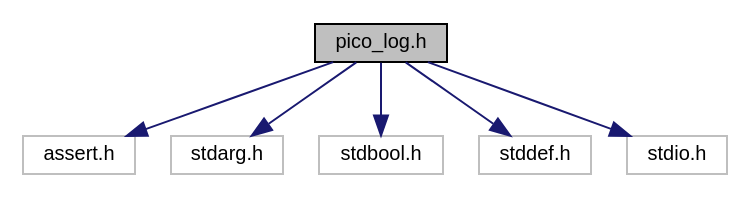
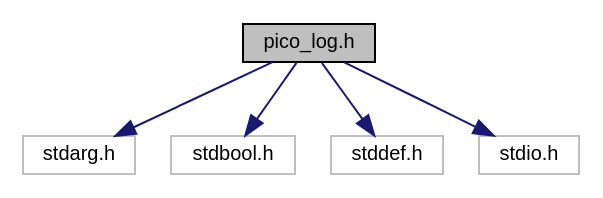
Before and after one commit to empyreanx/empyreanx.github.io: the diagram in docs/ph/pico__log_8h__incl.dot, drawn with Graphviz. The commit also changed 61 other files, not shown here.

```diff
--- a/docs/ph/pico__log_8h__incl.dot
+++ b/docs/ph/pico__log_8h__incl.dot
@@ -1,17 +1,15 @@
 digraph "pico_log.h"
 {
  // LATEX_PDF_SIZE
   edge [fontname="Helvetica",fontsize="10",labelfontname="Helvetica",labelfontsize="10"];
   node [fontname="Helvetica",fontsize="10",shape=record];
   Node1 [label="pico_log.h",height=0.2,width=0.4,color="black", fillcolor="grey75", style="filled", fontcolor="black",tooltip="A minimal and flexible logging framework written in C99."];
   Node1 -> Node2 [color="midnightblue",fontsize="10",style="solid",fontname="Helvetica"];
-  Node2 [label="assert.h",height=0.2,width=0.4,color="grey75", fillcolor="white", style="filled",tooltip=" "];
+  Node2 [label="stdarg.h",height=0.2,width=0.4,color="grey75", fillcolor="white", style="filled",tooltip=" "];
   Node1 -> Node3 [color="midnightblue",fontsize="10",style="solid",fontname="Helvetica"];
-  Node3 [label="stdarg.h",height=0.2,width=0.4,color="grey75", fillcolor="white", style="filled",tooltip=" "];
+  Node3 [label="stdbool.h",height=0.2,width=0.4,color="grey75", fillcolor="white", style="filled",tooltip=" "];
   Node1 -> Node4 [color="midnightblue",fontsize="10",style="solid",fontname="Helvetica"];
-  Node4 [label="stdbool.h",height=0.2,width=0.4,color="grey75", fillcolor="white", style="filled",tooltip=" "];
+  Node4 [label="stddef.h",height=0.2,width=0.4,color="grey75", fillcolor="white", style="filled",tooltip=" "];
   Node1 -> Node5 [color="midnightblue",fontsize="10",style="solid",fontname="Helvetica"];
-  Node5 [label="stddef.h",height=0.2,width=0.4,color="grey75", fillcolor="white", style="filled",tooltip=" "];
-  Node1 -> Node6 [color="midnightblue",fontsize="10",style="solid",fontname="Helvetica"];
-  Node6 [label="stdio.h",height=0.2,width=0.4,color="grey75", fillcolor="white", style="filled",tooltip=" "];
+  Node5 [label="stdio.h",height=0.2,width=0.4,color="grey75", fillcolor="white", style="filled",tooltip=" "];
 }
```
